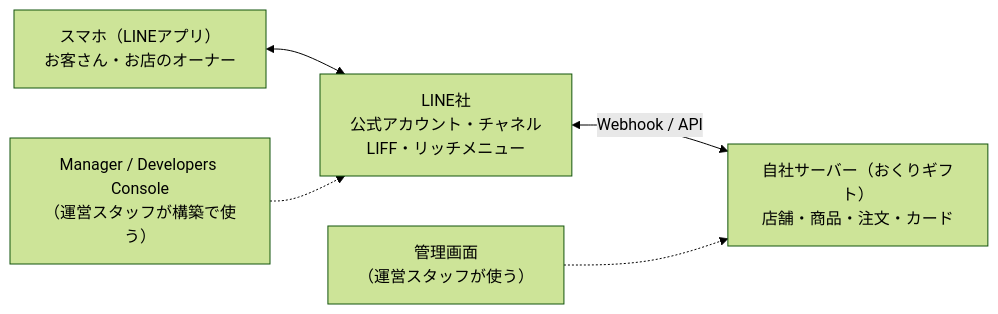
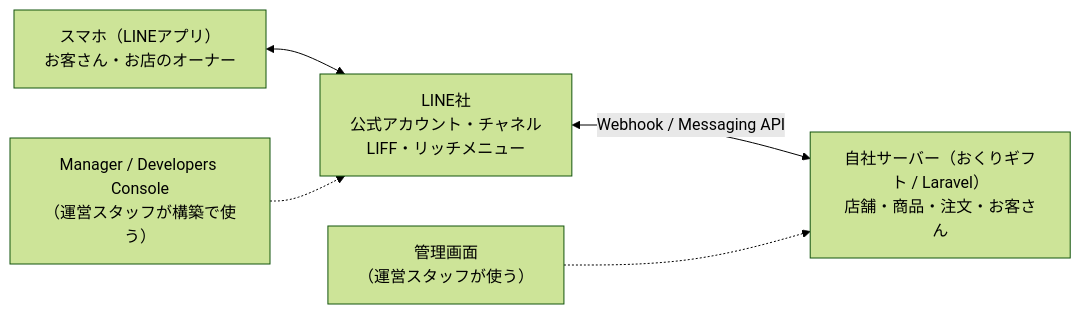
The diagram in README.md (DevSOONESSorg/line-gift-lab), drawn with Mermaid (forest theme) before and after one commit. The commit also changed other lines of this file and 286 other files, not shown here.

````diff
--- a/README.md
+++ b/README.md
@@ -54,10 +57,10 @@
 ```mermaid
 flowchart LR
     phone["スマホ（LINEアプリ）<br>お客さん・お店のオーナー"]
     line["LINE社<br>公式アカウント・チャネル<br>LIFF・リッチメニュー"]
-    app["自社サーバー（おくりギフト）<br>店舗・商品・注文・カード"]
+    app["自社サーバー（おくりギフト / Laravel）<br>店舗・商品・注文・お客さん"]
     phone <--> line
-    line <-- "Webhook / API" --> app
+    line <-- "Webhook / Messaging API" --> app
     mgr["Manager / Developers Console<br>（運営スタッフが構築で使う）"] -.-> line
     adm["管理画面<br>（運営スタッフが使う）"] -.-> app
 ```
````
